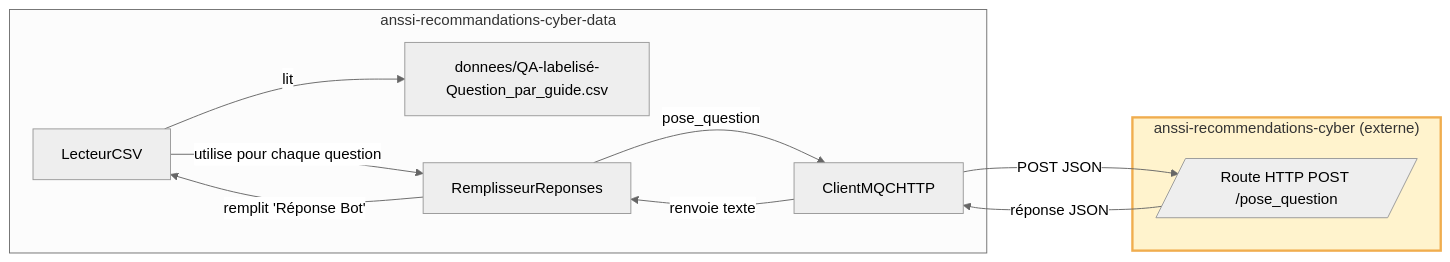
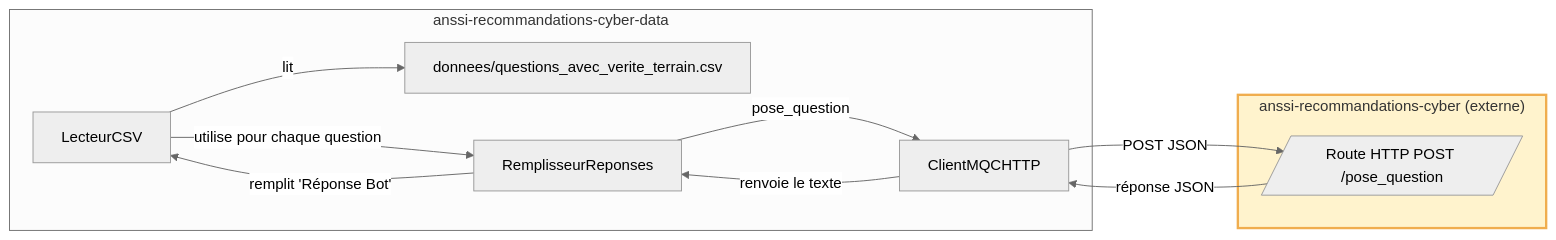
The diagram in README.md (betagouv/anssi-recommandations-cyber-data), drawn with Mermaid (neutral theme) before and after one commit. The commit also changed other lines of this file and 1 other file, not shown here.

````diff
--- a/README.md
+++ b/README.md
@@ -8,28 +9,27 @@
 ```mermaid
 flowchart LR
   %% === Projet local ===
   subgraph Projet["anssi-recommandations-cyber-data"]
-    DataSrc["donnees/QA-labelisé-Question_par_guide.csv"]
+    DataSrc["donnees/questions_avec_verite_terrain.csv"]
     Lecteur[LecteurCSV]
     Remplisseur[RemplisseurReponses]
     ClientMQC[ClientMQCHTTP]
   end
 
   %% === Système externe (mise en évidence) ===
-  subgraph Externe["anssi-recommendations-cyber (externe)"]
+  subgraph Externe["anssi-recommandations-cyber (externe)"]
     MQC[/Route HTTP POST /pose_question/]
   end
 
   %% Flux conforme au code
-  Lecteur -->| lit | DataSrc
-  Lecteur -->| utilise pour chaque question| Remplisseur
+  Lecteur -->|lit| DataSrc
+  Lecteur -->|utilise pour chaque question| Remplisseur
   Remplisseur -->|"remplit 'Réponse Bot'"| Lecteur
 
   Remplisseur -->|pose_question| ClientMQC
   ClientMQC -->|POST JSON| MQC
   MQC -->|réponse JSON| ClientMQC
-  ClientMQC -->|renvoie texte| Remplisseur
-
+  ClientMQC -->|renvoie le texte| Remplisseur
 
   style Externe fill:#fff3cd,stroke:#f0ad4e,stroke-width:2.5px,color:#333
 ```
````
